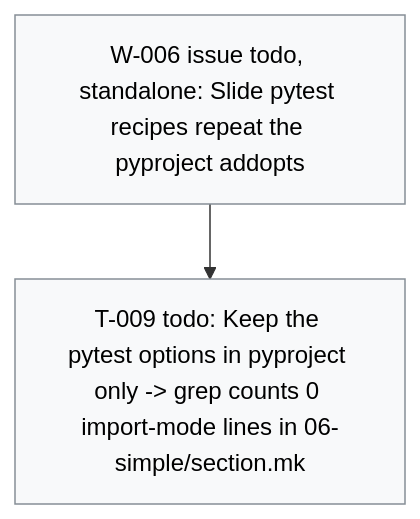
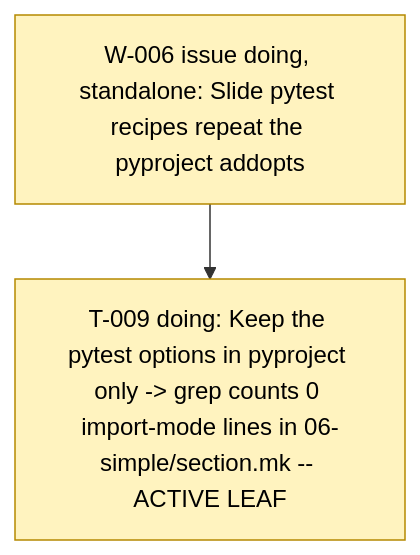
The diagram in .board/BOARD.md (dpopchev/chaos-to-simple), drawn with Mermaid before and after one commit. The commit also changed other lines of this file and 2 other files, not shown here.

Commit message:
chore(board): activate W-006, start T-009
Refs: W-006 T-009

````diff
--- a/.board/BOARD.md
+++ b/.board/BOARD.md
@@ -47,11 +47,11 @@
 ```mermaid
 flowchart TD
-  W006["W-006 issue todo, standalone: Slide pytest recipes repeat the pyproject addopts"]
-  W006 --> T009["T-009 todo: Keep the pytest options in pyproject only -> grep counts 0 import-mode lines in 06-simple/section.mk"]
+  W006["W-006 issue doing, standalone: Slide pytest recipes repeat the pyproject addopts"]
+  W006 --> T009["T-009 doing: Keep the pytest options in pyproject only -> grep counts 0 import-mode lines in 06-simple/section.mk -- ACTIVE LEAF"]
   classDef doing fill:#fff3bf,stroke:#b58900,color:#000;
   classDef blocked fill:#ffe3e3,stroke:#c92a2a,color:#000;
   classDef done fill:#e6ffed,stroke:#2b8a3e,color:#000;
   classDef todo fill:#f8f9fa,stroke:#868e96,color:#000;
   classDef pruned fill:#f1f3f5,stroke:#adb5bd,color:#000;
-  class W006,T009 todo
+  class W006,T009 doing
 ```
````
